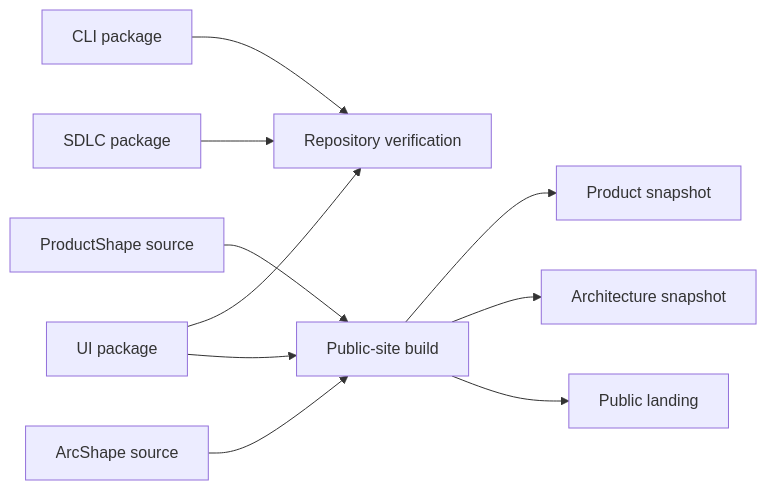
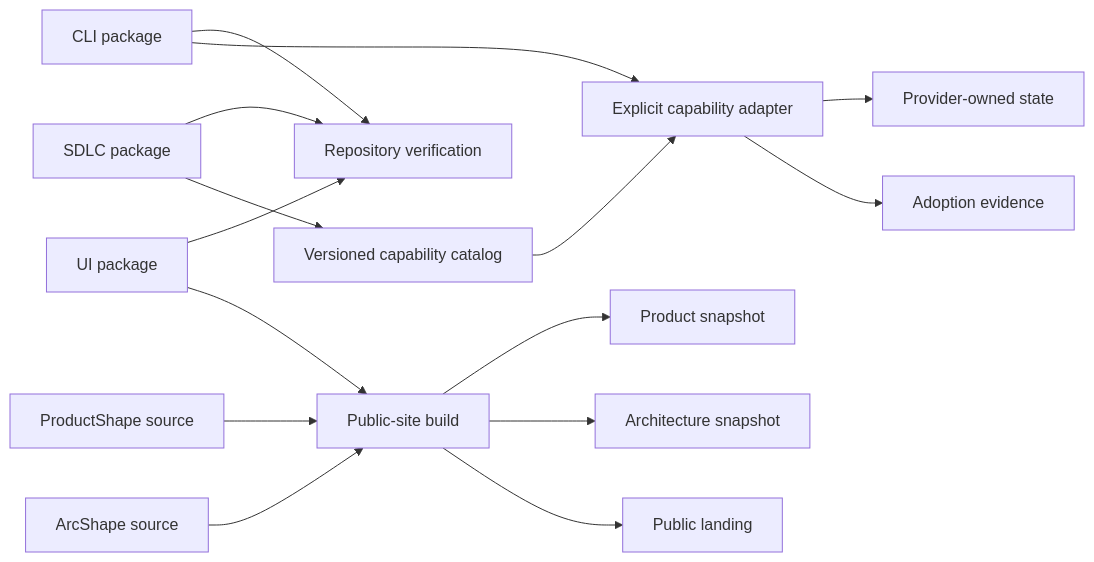
One commit to juangcarmona/lighthouse changed the first of 2 diagrams in docs/architecture/05-building-block-view/README.md. Above: the diagram before and after it, drawn with Mermaid. The commit also changed other lines of this file and 11 other files, not shown here.

Commit message:
test: harden capability adoption contract

````diff
--- a/docs/architecture/05-building-block-view/README.md
+++ b/docs/architecture/05-building-block-view/README.md
@@ -22,13 +23,18 @@
 ```mermaid
 flowchart LR
     accTitle: Current Lighthouse package and public-site surfaces
     cli[CLI package] --> verify[Repository verification]
     sdlc[SDLC package] --> verify
+    sdlc --> catalog[Versioned capability catalog]
+    cli --> adapter[Explicit capability adapter]
+    catalog --> adapter
+    adapter --> provider[Provider-owned state]
+    adapter --> evidence[Adoption evidence]
     ui[UI package] --> verify
     product[ProductShape source] --> site[Public-site build]
     architecture[ArcShape source] --> site
     ui --> site
     site --> model[Product snapshot]
     site --> arc[Architecture snapshot]
     site --> landing[Public landing]
 ```
````
